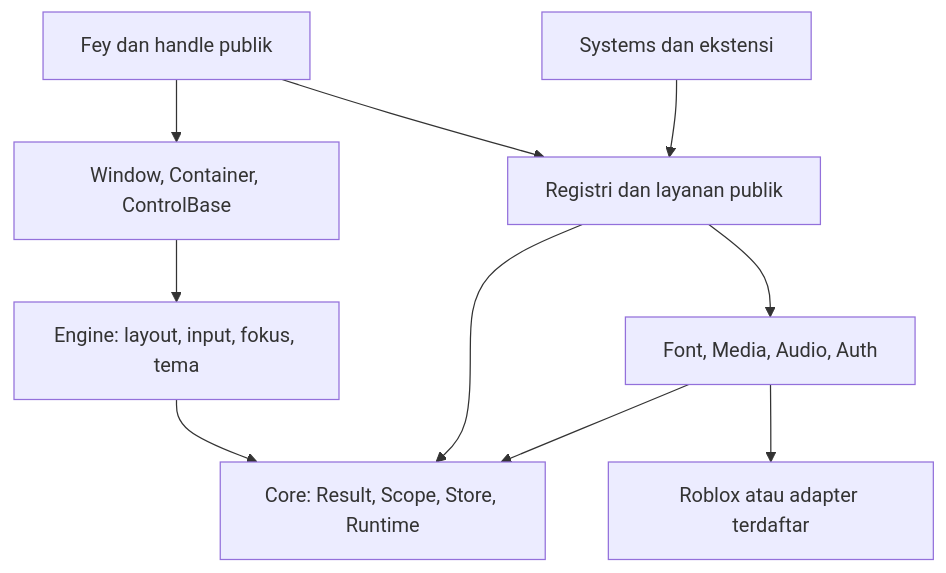
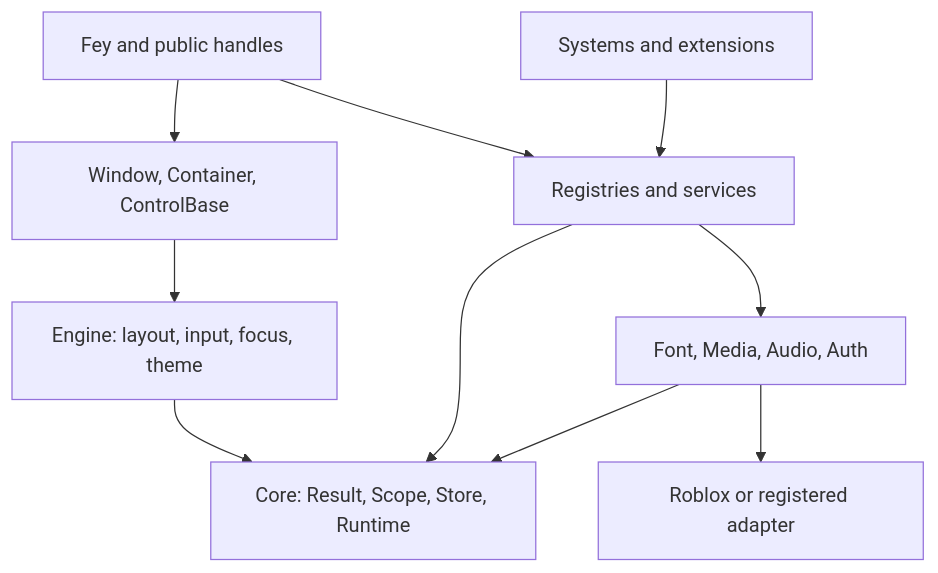
Before and after one commit to briandyy/Feybrume: the first of 2 diagrams in docs/architecture.md, drawn with Mermaid. The commit also changed other lines of this file and 44 other files, not shown here.

Commit message:
Add theme engine and localized documentation

````diff
--- a/docs/architecture.md
+++ b/docs/architecture.md
@@ -5,12 +5,12 @@
 ```mermaid
 flowchart TD
-  API["Fey dan handle publik"] --> UI["Window, Container, ControlBase"]
-  SYS["Systems dan ekstensi"] --> APIS["Registri dan layanan publik"]
+  API["Fey and public handles"] --> UI["Window, Container, ControlBase"]
+  SYS["Systems and extensions"] --> APIS["Registries and services"]
   API --> APIS
   APIS --> CORE["Core: Result, Scope, Store, Runtime"]
-  UI --> ENGINE["Engine: layout, input, fokus, tema"]
+  UI --> ENGINE["Engine: layout, input, focus, theme"]
   ENGINE --> CORE
   APIS --> BACK["Font, Media, Audio, Auth"]
   BACK --> CORE
-  BACK --> HOST["Roblox atau adapter terdaftar"]
+  BACK --> HOST["Roblox or registered adapter"]
 ```
````
